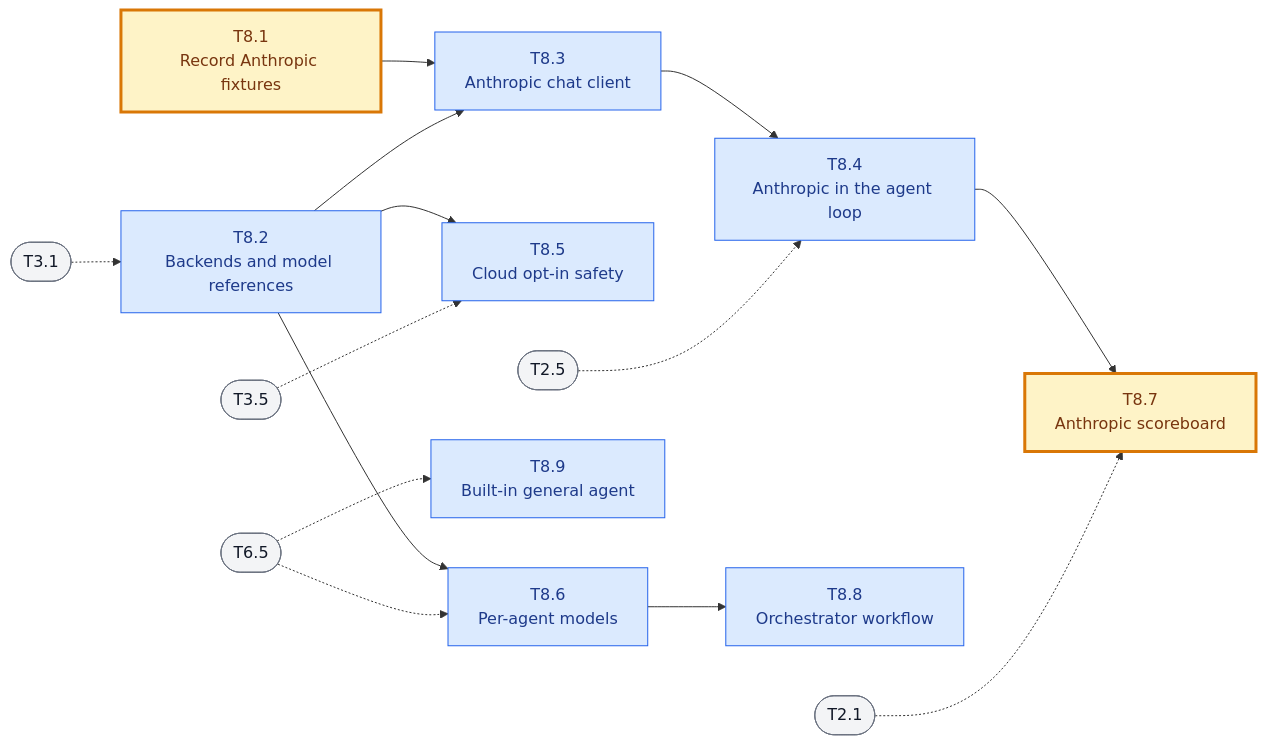
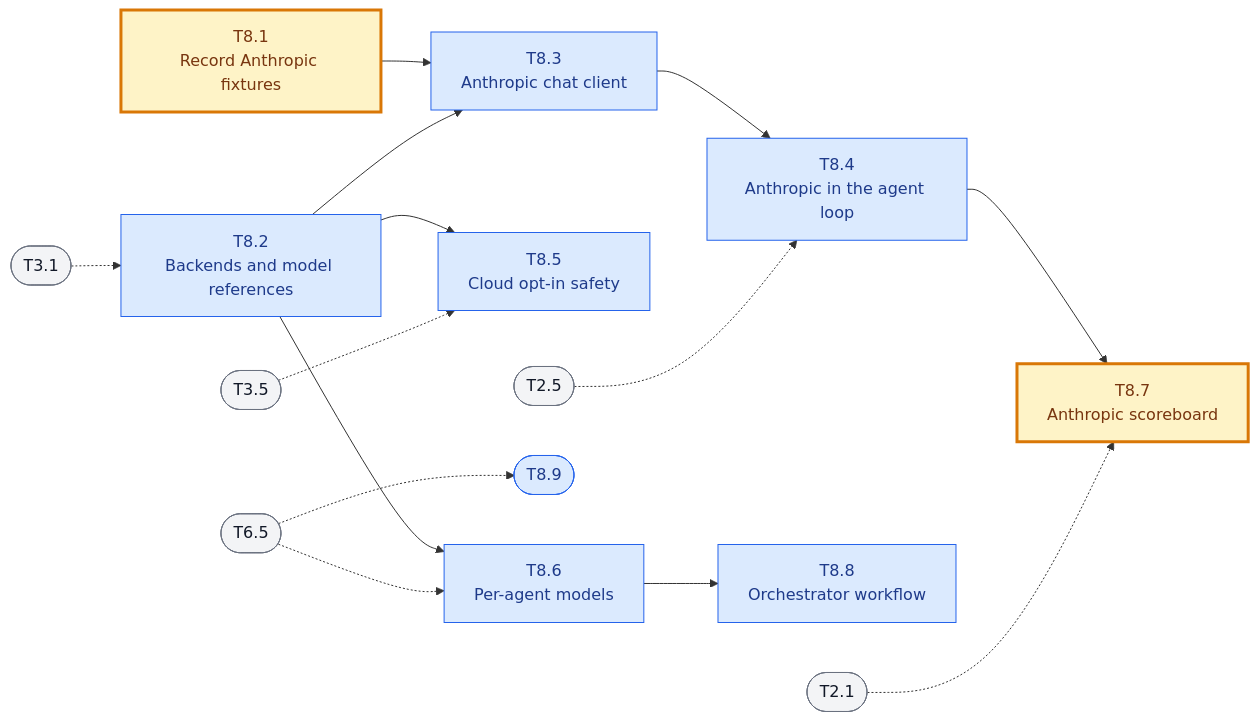
Before and after one commit to fzzinchemical/Praxis: the ninth of 11 diagrams in docs/TASKS.md, drawn with Mermaid. The commit also changed other lines of this file and 1 other file, not shown here.

````diff
--- a/docs/TASKS.md
+++ b/docs/TASKS.md
@@ -686,37 +687,39 @@
 ```mermaid
 flowchart LR
     T8_1["T8.1<br/>Record Anthropic fixtures"]
     T8_2["T8.2<br/>Backends and model references"]
     T8_3["T8.3<br/>Anthropic chat client"]
     T8_4["T8.4<br/>Anthropic in the agent loop"]
     T8_5["T8.5<br/>Cloud opt-in safety"]
     T8_6["T8.6<br/>Per-agent models"]
     T8_7["T8.7<br/>Anthropic scoreboard"]
     T8_8["T8.8<br/>Orchestrator workflow"]
     T8_9["T8.9<br/>Built-in general agent"]
     T2_1(["T2.1"])
     T2_5(["T2.5"])
     T3_1(["T3.1"])
     T3_5(["T3.5"])
+    T6_5(["T6.5"])
+    T8_9(["T8.9"])
     T6_5(["T6.5"])
     T3_1 -.-> T8_2
     T8_1 --> T8_3
     T8_2 --> T8_3
     T8_3 --> T8_4
     T2_5 -.-> T8_4
     T8_2 --> T8_5
     T3_5 -.-> T8_5
     T8_2 --> T8_6
     T6_5 -.-> T8_6
     T8_4 --> T8_7
     T2_1 -.-> T8_7
     T8_6 --> T8_8
     T6_5 -.-> T8_9
 
     classDef task fill:#dbeafe,stroke:#2563eb,color:#1e3a8a
     classDef human fill:#fef3c7,stroke:#d97706,color:#78350f,stroke-width:3px
     classDef other fill:#f3f4f6,stroke:#6b7280,color:#111827
     class T8_2,T8_3,T8_4,T8_5,T8_6,T8_8,T8_9 task
     class T8_1,T8_7 human
     class T2_1,T2_5,T3_1,T3_5,T6_5 other
 ```
````
